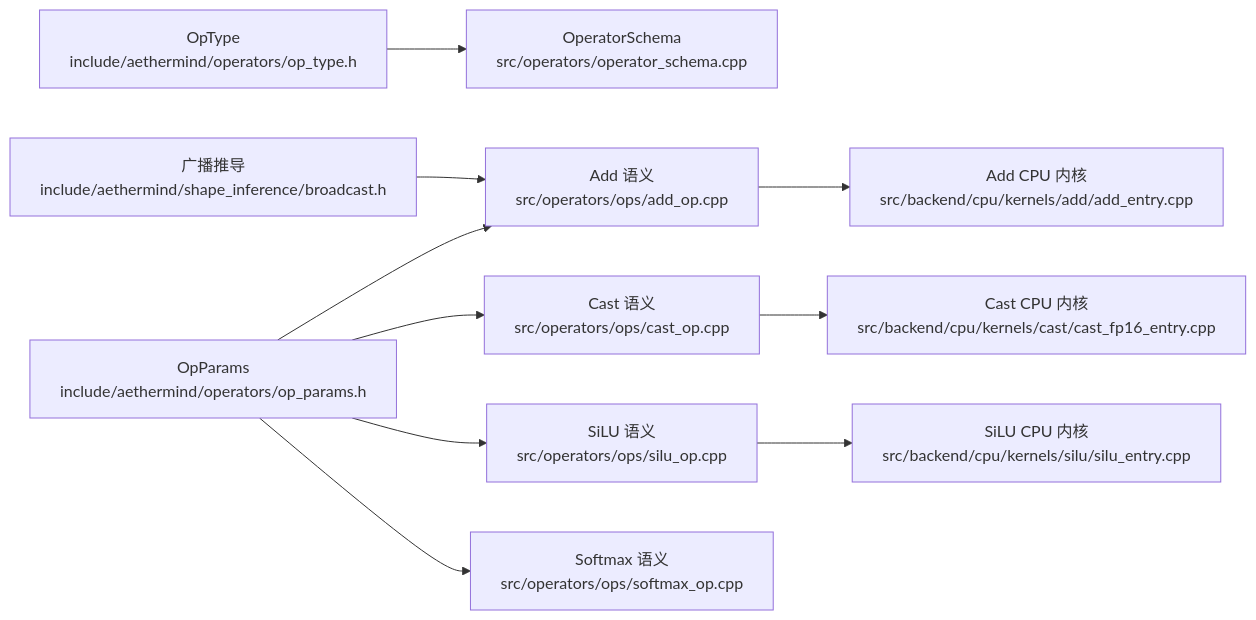
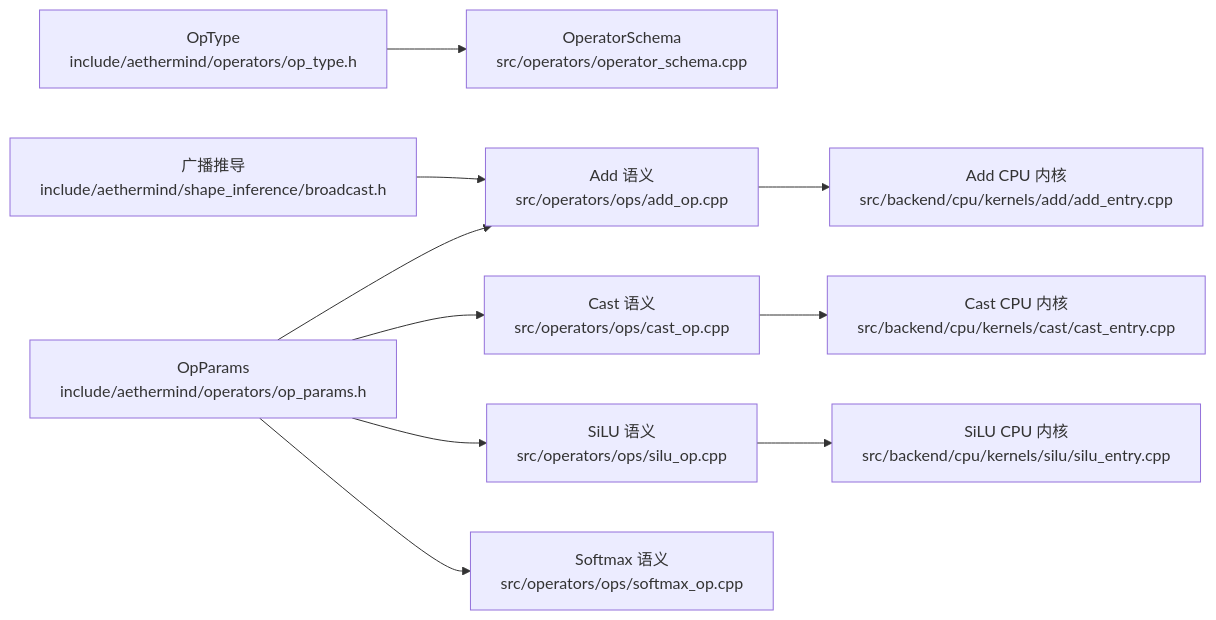
Before and after one commit to fengjiran/AetherMind: the tenth of 10 diagrams in docs/handbook/核心模块设计/算子系统 (Operators)/算术运算算子.md, drawn with Mermaid. The commit also changed other lines of this file and 56 other files, not shown here.

First line of the commit message:
docs: move improvement plans into the roadmap section

````diff
--- a/docs/handbook/核心模块设计/算子系统 (Operators)/算术运算算子.md
+++ b/docs/handbook/核心模块设计/算子系统 (Operators)/算术运算算子.md
@@ -372,12 +372,12 @@
 ```mermaid
 graph LR
     OP_TYPE["OpType<br/>include/aethermind/operators/op_type.h"] --> SCHEMA["OperatorSchema<br/>src/operators/operator_schema.cpp"]
     PARAMS["OpParams<br/>include/aethermind/operators/op_params.h"] --> ADD_OP["Add 语义<br/>src/operators/ops/add_op.cpp"]
     PARAMS --> CAST_OP["Cast 语义<br/>src/operators/ops/cast_op.cpp"]
     PARAMS --> SILU_OP["SiLU 语义<br/>src/operators/ops/silu_op.cpp"]
     PARAMS --> SOFTMAX_OP["Softmax 语义<br/>src/operators/ops/softmax_op.cpp"]
     BROADCAST["广播推导<br/>include/aethermind/shape_inference/broadcast.h"] --> ADD_OP
     ADD_OP --> ADD_KERNEL["Add CPU 内核<br/>src/backend/cpu/kernels/add/add_entry.cpp"]
-    CAST_OP --> CAST_KERNEL["Cast CPU 内核<br/>src/backend/cpu/kernels/cast/cast_fp16_entry.cpp"]
+    CAST_OP --> CAST_KERNEL["Cast CPU 内核<br/>src/backend/cpu/kernels/cast/cast_entry.cpp"]
     SILU_OP --> SILU_KERNEL["SiLU CPU 内核<br/>src/backend/cpu/kernels/silu/silu_entry.cpp"]
 ```
````
